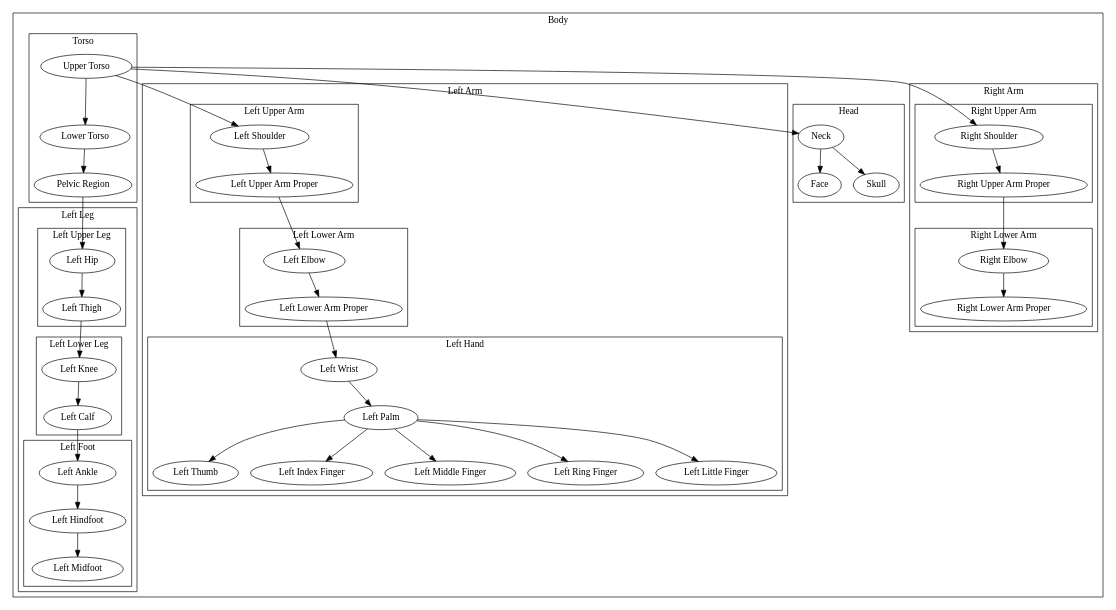
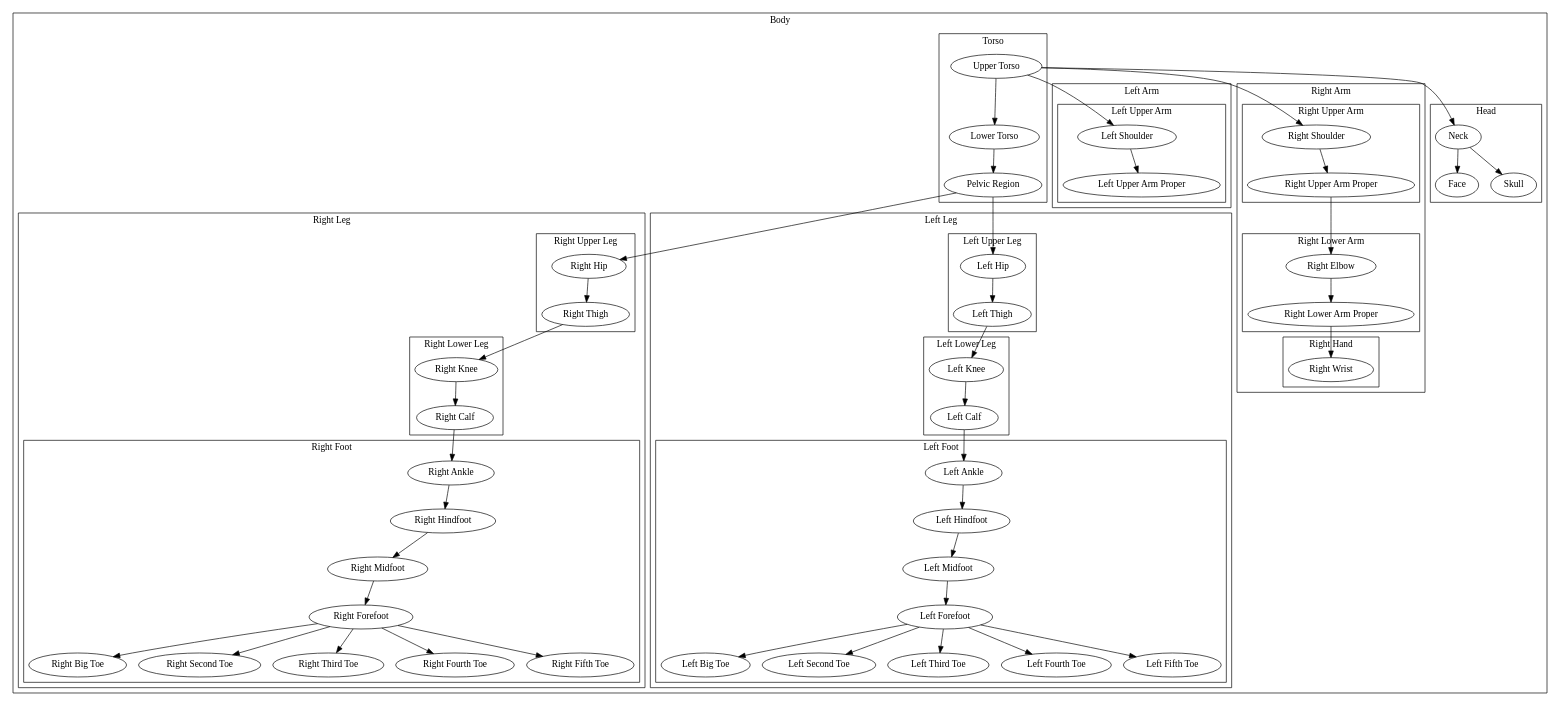
Before and after one commit to bilwis/RMD: the diagram in RMDVC/body_mt.gv, drawn with Graphviz. The commit also changed 9 other files, not shown here.

```diff
--- a/RMDVC/body_mt.gv
+++ b/RMDVC/body_mt.gv
@@ -1,100 +1,131 @@
 digraph G {
 	subgraph cluster_ROOT {
 		label = "Body";
-	subgraph cluster_L_LEG {
-		label = "Left Leg";
-	subgraph cluster_L_FOOT {
-		label = "Left Foot";
-		L_ANKLE [label="Left Ankle"];
-		L_HINDFOOT [label="Left Hindfoot"];
-		L_MIDFOOT [label="Left Midfoot"];
-	 } 
-	subgraph cluster_L_LOWER_LEG {
-		label = "Left Lower Leg";
-		L_KNEE [label="Left Knee"];
-		L_CALF [label="Left Calf"];
-	 } 
-	subgraph cluster_L_UPPER_LEG {
-		label = "Left Upper Leg";
-		L_HIP [label="Left Hip"];
-		L_THIGH [label="Left Thigh"];
-	 } 
-	 } 
 	subgraph cluster_L_ARM {
 		label = "Left Arm";
-	subgraph cluster_L_HAND {
-		label = "Left Hand";
-		L_WRIST [label="Left Wrist"];
-		L_PALM [label="Left Palm"];
-		L_THUMB [label="Left Thumb"];
-		L_INDEX [label="Left Index Finger"];
-		L_MIDDLE [label="Left Middle Finger"];
-		L_RING [label="Left Ring Finger"];
-		L_LITTLE [label="Left Little Finger"];
-	 } 
-	subgraph cluster_L_LOWER_ARM {
-		label = "Left Lower Arm";
-		L_ELBOW [label="Left Elbow"];
-		L_LOWER_ARM_PROPER [label="Left Lower Arm Proper"];
-	 } 
 	subgraph cluster_L_UPPER_ARM {
 		label = "Left Upper Arm";
 		L_SHOULDER [label="Left Shoulder"];
 		L_UPPER_ARM_PROPER [label="Left Upper Arm Proper"];
 	 } 
-	 } 
-	subgraph cluster_HEAD {
-		label = "Head";
-		NECK [label="Neck"];
-		VISCEROCRANIUM [label="Face"];
-		NEUROCRANIUM [label="Skull"];
-	 } 
-	subgraph cluster_TORSO {
-		label = "Torso";
-		UPPER_TORSO [label="Upper Torso"];
-		ABDOMEN [label="Lower Torso"];
-		PELVIS [label="Pelvic Region"];
 	 } 
 	subgraph cluster_R_ARM {
 		label = "Right Arm";
 	subgraph cluster_R_UPPER_ARM {
 		label = "Right Upper Arm";
 		R_SHOULDER [label="Right Shoulder"];
 		R_UPPER_ARM_PROPER [label="Right Upper Arm Proper"];
 	 } 
 	subgraph cluster_R_LOWER_ARM {
 		label = "Right Lower Arm";
 		R_ELBOW [label="Right Elbow"];
 		R_LOWER_ARM_PROPER [label="Right Lower Arm Proper"];
 	 } 
+	subgraph cluster_R_HAND {
+		label = "Right Hand";
+		R_WRIST [label="Right Wrist"];
+	 } 
+	 } 
+	subgraph cluster_TORSO {
+		label = "Torso";
+		UPPER_TORSO [label="Upper Torso"];
+		ABDOMEN [label="Lower Torso"];
+		PELVIS [label="Pelvic Region"];
+	 } 
+	subgraph cluster_HEAD {
+		label = "Head";
+		NECK [label="Neck"];
+		VISCEROCRANIUM [label="Face"];
+		NEUROCRANIUM [label="Skull"];
+	 } 
+	subgraph cluster_R_LEG {
+		label = "Right Leg";
+	subgraph cluster_R_UPPER_LEG {
+		label = "Right Upper Leg";
+		R_HIP [label="Right Hip"];
+		R_THIGH [label="Right Thigh"];
+	 } 
+	subgraph cluster_R_LOWER_LEG {
+		label = "Right Lower Leg";
+		R_KNEE [label="Right Knee"];
+		R_CALF [label="Right Calf"];
+	 } 
+	subgraph cluster_R_FOOT {
+		label = "Right Foot";
+		R_ANKLE [label="Right Ankle"];
+		R_HINDFOOT [label="Right Hindfoot"];
+		R_MIDFOOT [label="Right Midfoot"];
+		R_FOREFOOT [label="Right Forefoot"];
+		R_HALLUX [label="Right Big Toe"];
+		R_SECOND_TOE [label="Right Second Toe"];
+		R_THIRD_TOE [label="Right Third Toe"];
+		R_FOURTH_TOE [label="Right Fourth Toe"];
+		R_FIFTH_TOE [label="Right Fifth Toe"];
+	 } 
+	 } 
+	subgraph cluster_L_LEG {
+		label = "Left Leg";
+	subgraph cluster_L_UPPER_LEG {
+		label = "Left Upper Leg";
+		L_HIP [label="Left Hip"];
+		L_THIGH [label="Left Thigh"];
+	 } 
+	subgraph cluster_L_LOWER_LEG {
+		label = "Left Lower Leg";
+		L_KNEE [label="Left Knee"];
+		L_CALF [label="Left Calf"];
+	 } 
+	subgraph cluster_L_FOOT {
+		label = "Left Foot";
+		L_ANKLE [label="Left Ankle"];
+		L_HINDFOOT [label="Left Hindfoot"];
+		L_MIDFOOT [label="Left Midfoot"];
+		L_FOREFOOT [label="Left Forefoot"];
+		L_HALLUX [label="Left Big Toe"];
+		L_SECOND_TOE [label="Left Second Toe"];
+		L_THIRD_TOE [label="Left Third Toe"];
+		L_FOURTH_TOE [label="Left Fourth Toe"];
+		L_FIFTH_TOE [label="Left Fifth Toe"];
+	 } 
 	 } 
 	 } 
 
-L_CALF -> L_ANKLE;
-L_ANKLE -> L_HINDFOOT;
-L_HINDFOOT -> L_MIDFOOT;
-L_THIGH -> L_KNEE;
-L_KNEE -> L_CALF;
-PELVIS -> L_HIP;
-L_HIP -> L_THIGH;
-L_LOWER_ARM_PROPER -> L_WRIST;
-L_WRIST -> L_PALM;
-L_PALM -> L_THUMB;
-L_PALM -> L_INDEX;
-L_PALM -> L_MIDDLE;
-L_PALM -> L_RING;
-L_PALM -> L_LITTLE;
-L_UPPER_ARM_PROPER -> L_ELBOW;
-L_ELBOW -> L_LOWER_ARM_PROPER;
 UPPER_TORSO -> L_SHOULDER;
 L_SHOULDER -> L_UPPER_ARM_PROPER;
-UPPER_TORSO -> NECK;
-NECK -> VISCEROCRANIUM;
-NECK -> NEUROCRANIUM;
-UPPER_TORSO -> ABDOMEN;
-ABDOMEN -> PELVIS;
 UPPER_TORSO -> R_SHOULDER;
 R_SHOULDER -> R_UPPER_ARM_PROPER;
 R_UPPER_ARM_PROPER -> R_ELBOW;
 R_ELBOW -> R_LOWER_ARM_PROPER;
+R_LOWER_ARM_PROPER -> R_WRIST;
+UPPER_TORSO -> ABDOMEN;
+ABDOMEN -> PELVIS;
+UPPER_TORSO -> NECK;
+NECK -> VISCEROCRANIUM;
+NECK -> NEUROCRANIUM;
+PELVIS -> R_HIP;
+R_HIP -> R_THIGH;
+R_THIGH -> R_KNEE;
+R_KNEE -> R_CALF;
+R_CALF -> R_ANKLE;
+R_ANKLE -> R_HINDFOOT;
+R_HINDFOOT -> R_MIDFOOT;
+R_MIDFOOT -> R_FOREFOOT;
+R_FOREFOOT -> R_HALLUX;
+R_FOREFOOT -> R_SECOND_TOE;
+R_FOREFOOT -> R_THIRD_TOE;
+R_FOREFOOT -> R_FOURTH_TOE;
+R_FOREFOOT -> R_FIFTH_TOE;
+PELVIS -> L_HIP;
+L_HIP -> L_THIGH;
+L_THIGH -> L_KNEE;
+L_KNEE -> L_CALF;
+L_CALF -> L_ANKLE;
+L_ANKLE -> L_HINDFOOT;
+L_HINDFOOT -> L_MIDFOOT;
+L_MIDFOOT -> L_FOREFOOT;
+L_FOREFOOT -> L_HALLUX;
+L_FOREFOOT -> L_SECOND_TOE;
+L_FOREFOOT -> L_THIRD_TOE;
+L_FOREFOOT -> L_FOURTH_TOE;
+L_FOREFOOT -> L_FIFTH_TOE;
 }
```
